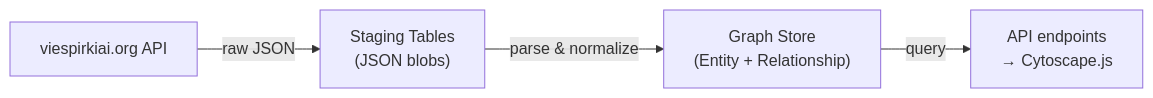
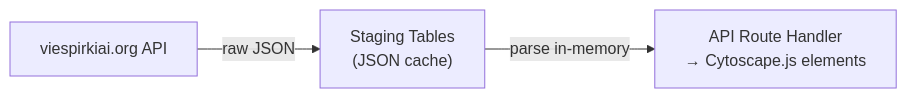
The fourth of 4 diagrams in docs/ARCHITECTURE.md (rimvydasb/risk-intelligence), drawn with Mermaid before and after one commit. The commit also changed other lines of this file, not shown here.

Commit message:
update architecture documentation; refine entity ID conventions and staging storage flow; enhance graph population strategy

````diff
--- a/docs/ARCHITECTURE.md
+++ b/docs/ARCHITECTURE.md
@@ -585,6 +597,5 @@
 ```mermaid
 flowchart LR
-    V["viespirkiai.org API"] -->|" raw JSON "| S["Staging Tables\n(JSON blobs)"]
-    S -->|" parse & normalize "| G["Graph Store\n(Entity + Relationship)"]
-    G -->|" query "| A["API endpoints\n→ Cytoscape.js"]
+    V["viespirkiai.org API"] -->|"raw JSON"| S["Staging Tables\n(JSON cache)"]
+    S -->|"parse in-memory"| A["API Route Handler\n→ Cytoscape.js elements"]
 ```
````
